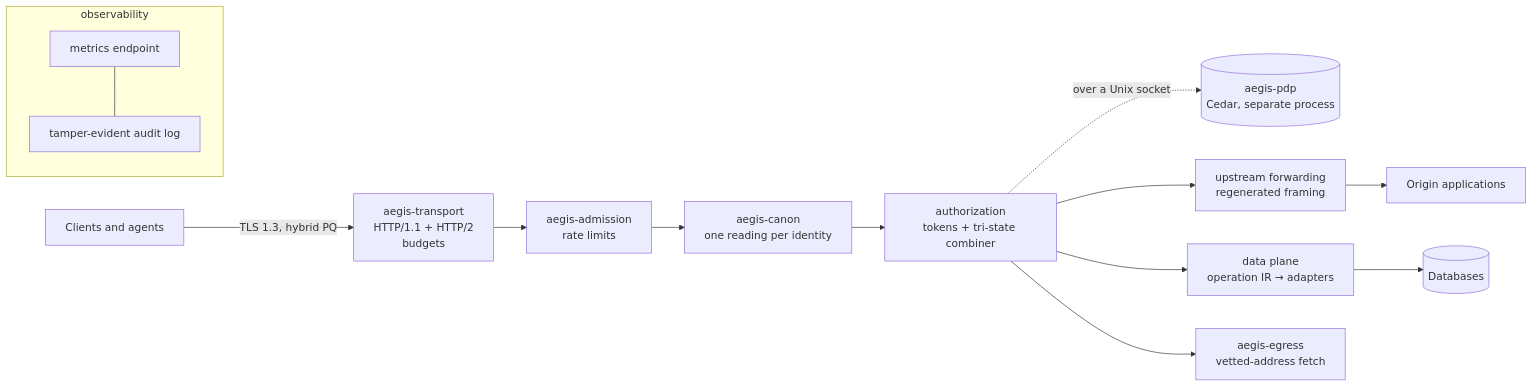
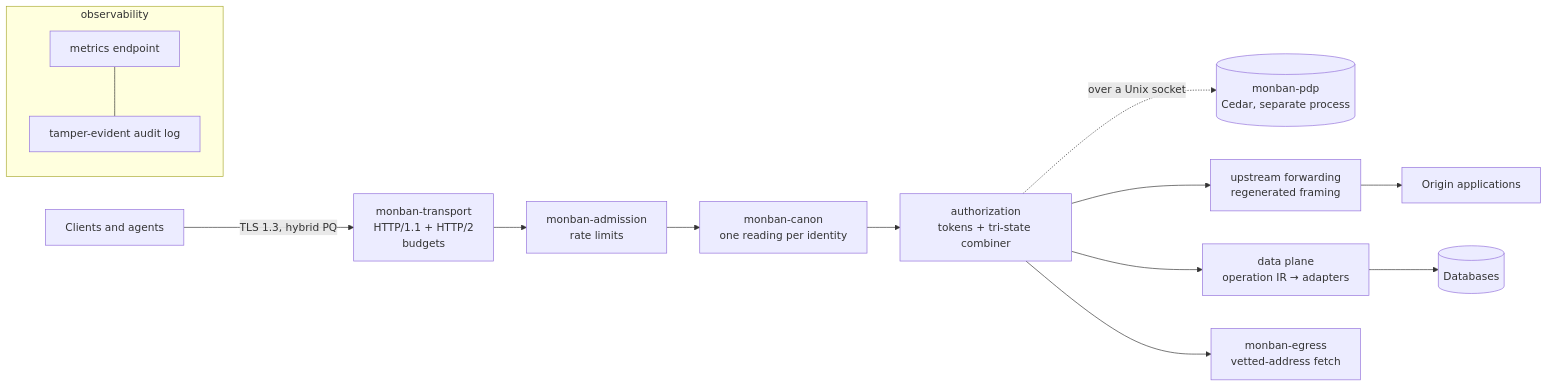
One commit to patrickbdevaney/monban changed the diagram in README.md. Above: the diagram before and after it, drawn with Mermaid. The commit also changed other lines of this file and 1226 other files, not shown here.

First line of the commit message:
rename: AEGIS -> Monban (WIP: content, paths, re-freeze)

````diff
--- a/README.md
+++ b/README.md
@@ -93,16 +93,16 @@
 ```mermaid
 flowchart LR
-  C[Clients and agents] -->|TLS 1.3, hybrid PQ| T[aegis-transport<br/>HTTP/1.1 + HTTP/2<br/>budgets]
-  T --> A[aegis-admission<br/>rate limits]
-  A --> N[aegis-canon<br/>one reading per identity]
+  C[Clients and agents] -->|TLS 1.3, hybrid PQ| T[monban-transport<br/>HTTP/1.1 + HTTP/2<br/>budgets]
+  T --> A[monban-admission<br/>rate limits]
+  A --> N[monban-canon<br/>one reading per identity]
   N --> Z[authorization<br/>tokens + tri-state combiner]
-  Z -.->|over a Unix socket| P[(aegis-pdp<br/>Cedar, separate process)]
+  Z -.->|over a Unix socket| P[(monban-pdp<br/>Cedar, separate process)]
   Z --> U[upstream forwarding<br/>regenerated framing]
   Z --> D[data plane<br/>operation IR → adapters]
-  Z --> E[aegis-egress<br/>vetted-address fetch]
+  Z --> E[monban-egress<br/>vetted-address fetch]
   U --> O[Origin applications]
   D --> DB[(Databases)]
   subgraph observability
     M[metrics endpoint] --- L[tamper-evident audit log]
   end
 ```
````
